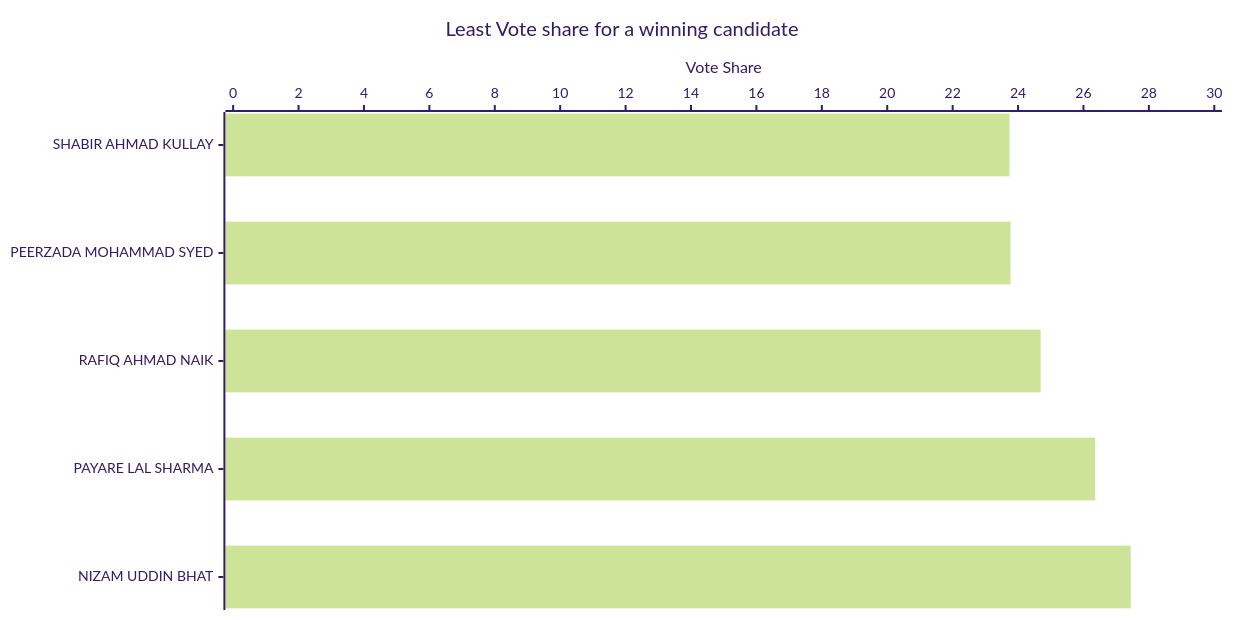
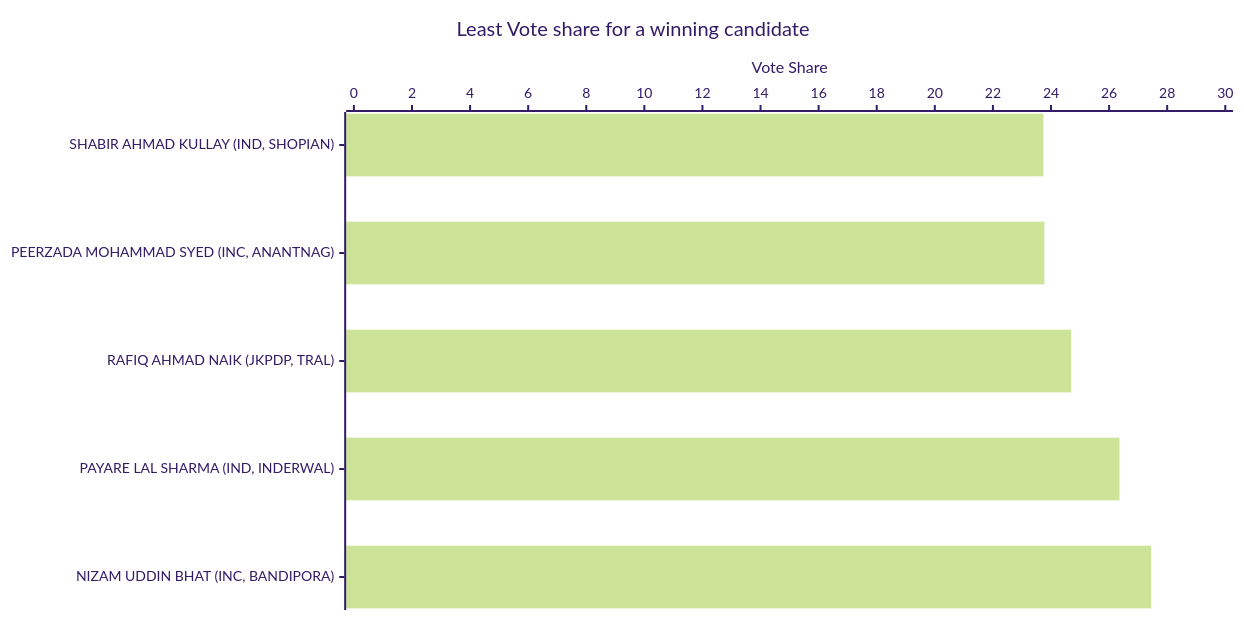
Diagram 13 of 19 in J&K-GRAPH.md (arjunswaj/elections), drawn with Mermaid (forest theme) before and after one commit. The commit also changed other lines of this file, not shown here.

Commit message:
Update the graph titles

````diff
--- a/J&K-GRAPH.md
+++ b/J&K-GRAPH.md
@@ -259,14 +259,14 @@
 ```mermaid
 ---
 config:
     xyChart:
         width: 1200
         height: 600
         chartOrientation: horizontal
 ---
 xychart-beta
     title "Least Vote share for a winning candidate"
-    x-axis ["SHABIR AHMAD KULLAY", "PEERZADA MOHAMMAD SYED", "RAFIQ AHMAD NAIK", "PAYARE LAL SHARMA", "NIZAM UDDIN BHAT"]
+    x-axis ["SHABIR AHMAD KULLAY (IND, SHOPIAN)", "PEERZADA MOHAMMAD SYED (INC, ANANTNAG)", "RAFIQ AHMAD NAIK (JKPDP, TRAL)", "PAYARE LAL SHARMA (IND, INDERWAL)", "NIZAM UDDIN BHAT (INC, BANDIPORA)"]
     y-axis "Vote Share" 0 --> 30
     bar [23.7365, 23.7721, 24.6899, 26.3578, 27.4456]
 ```
````
